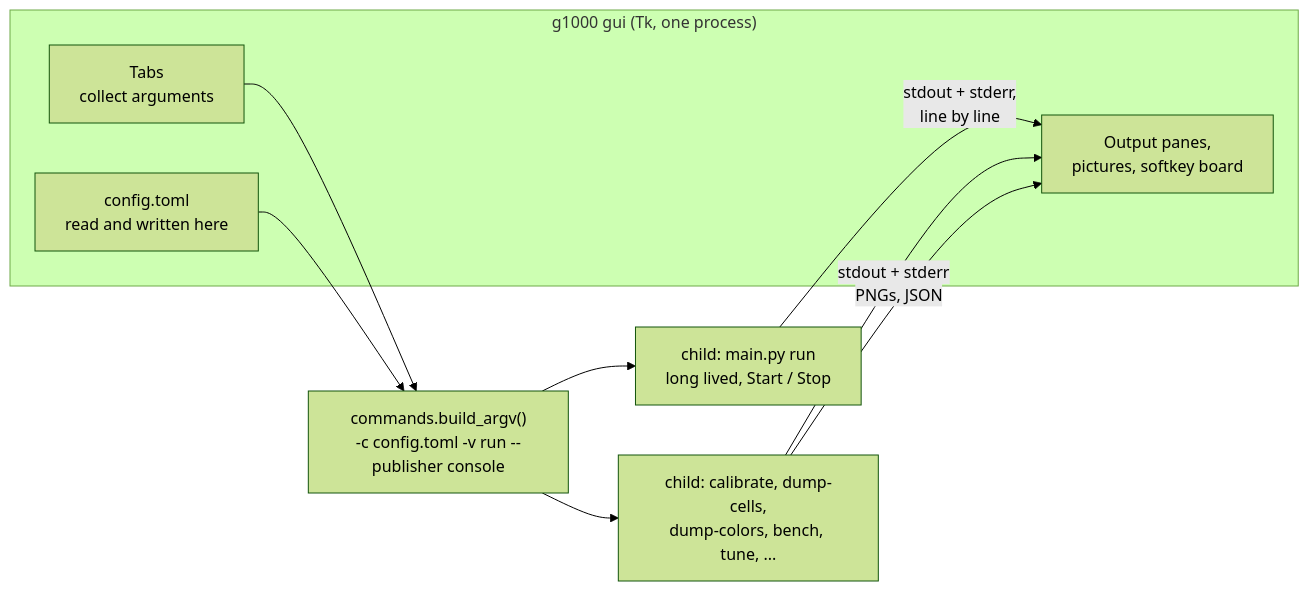
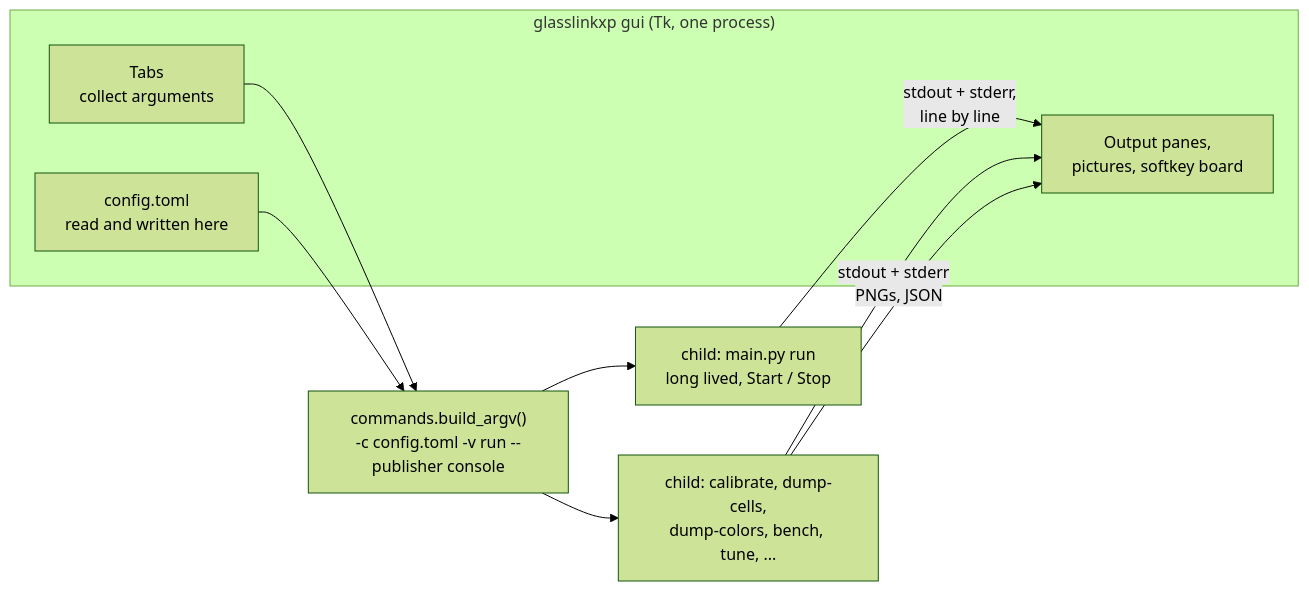
Before and after one commit to rstalets/GlassLinkXP: the first of 3 diagrams in docs/GUI.md, drawn with Mermaid (forest theme). The commit also changed other lines of this file and 103 other files, not shown here.

````diff
--- a/docs/GUI.md
+++ b/docs/GUI.md
@@ -16,16 +16,16 @@
 ```mermaid
 flowchart LR
-    subgraph GUI["g1000 gui  (Tk, one process)"]
+    subgraph GUI["glasslinkxp gui  (Tk, one process)"]
         TABS["Tabs<br/>collect arguments"]
         DOC["config.toml<br/>read and written here"]
         OUT["Output panes,<br/>pictures, softkey board"]
     end
 
     TABS --> ARGV["commands.build_argv()<br/>-c config.toml -v run --publisher console"]
     ARGV --> DAEMON["child: main.py run<br/>long lived, Start / Stop"]
     ARGV --> ONESHOT["child: calibrate, dump-cells,<br/>dump-colors, bench, tune, ..."]
     DAEMON -->|"stdout + stderr,<br/>line by line"| OUT
     ONESHOT -->|"stdout + stderr"| OUT
     ONESHOT -->|"PNGs, JSON"| OUT
     DOC --> ARGV
 ```
````
